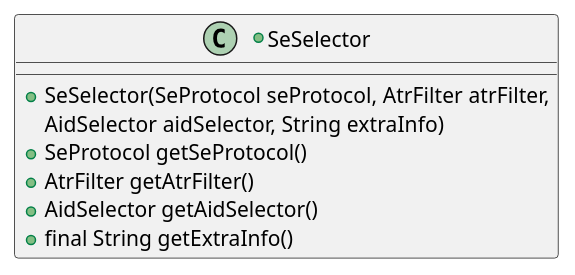
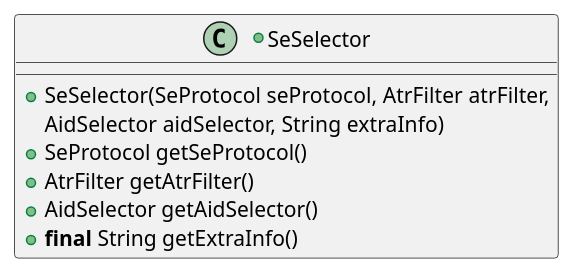
Before and after one commit to calypsonet/keyple: diagram 36 of 42 in src/KeypleCoreApi/ApplicationApi/puml/KeypleCore-ApplicationApi-ClassDiag-SE_Proxy-ClassElements.iuml, drawn with PlantUML. The commit also changed other lines of this file and 36 other files, not shown here.

```diff
--- a/src/KeypleCoreApi/ApplicationApi/puml/KeypleCore-ApplicationApi-ClassDiag-SE_Proxy-ClassElements.iuml
+++ b/src/KeypleCoreApi/ApplicationApi/puml/KeypleCore-ApplicationApi-ClassDiag-SE_Proxy-ClassElements.iuml
@@ -391,10 +435,10 @@
 @startuml(id=SEPROXY_SELECTOR_0_8)
 +class SeSelector {
   +SeSelector(SeProtocol seProtocol, AtrFilter atrFilter,
     AidSelector aidSelector, String extraInfo)
   +SeProtocol getSeProtocol()
   +AtrFilter getAtrFilter()
   +AidSelector getAidSelector()
-  +final String getExtraInfo()
+  +<b>final</b> String getExtraInfo()
 }
 @enduml
```
